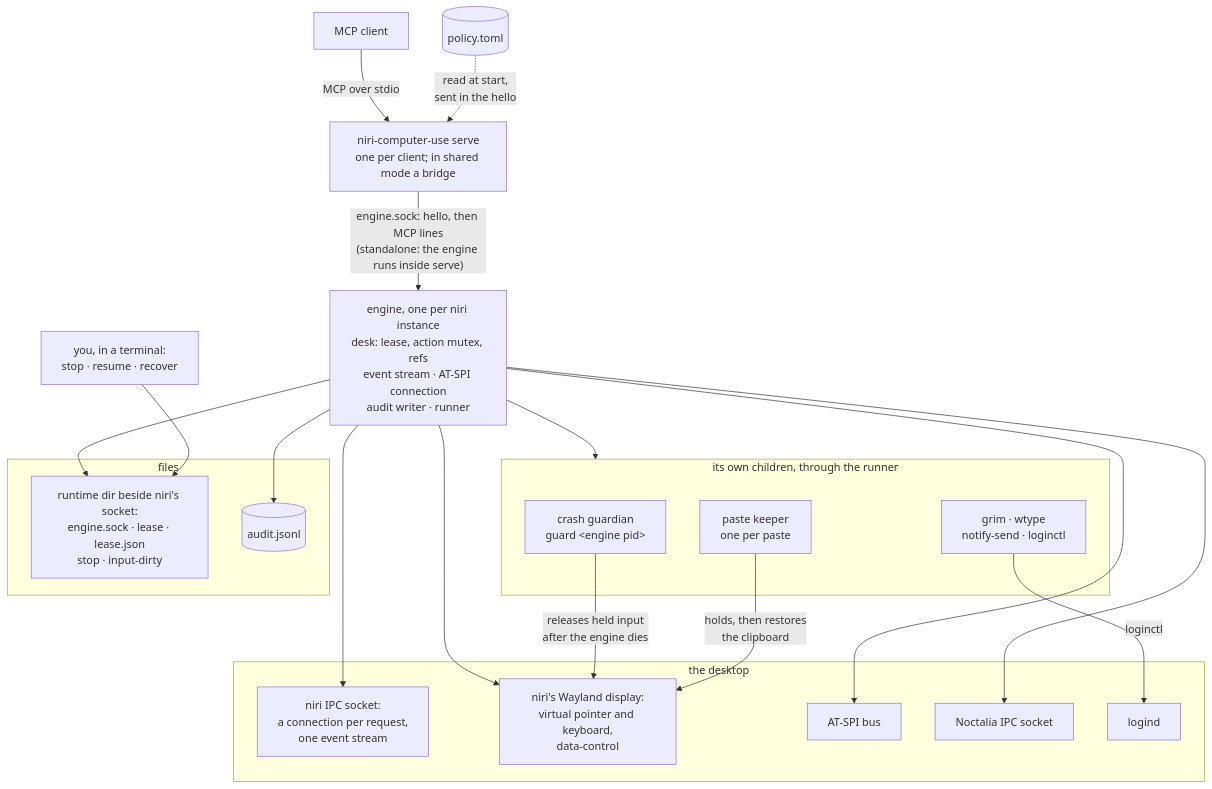
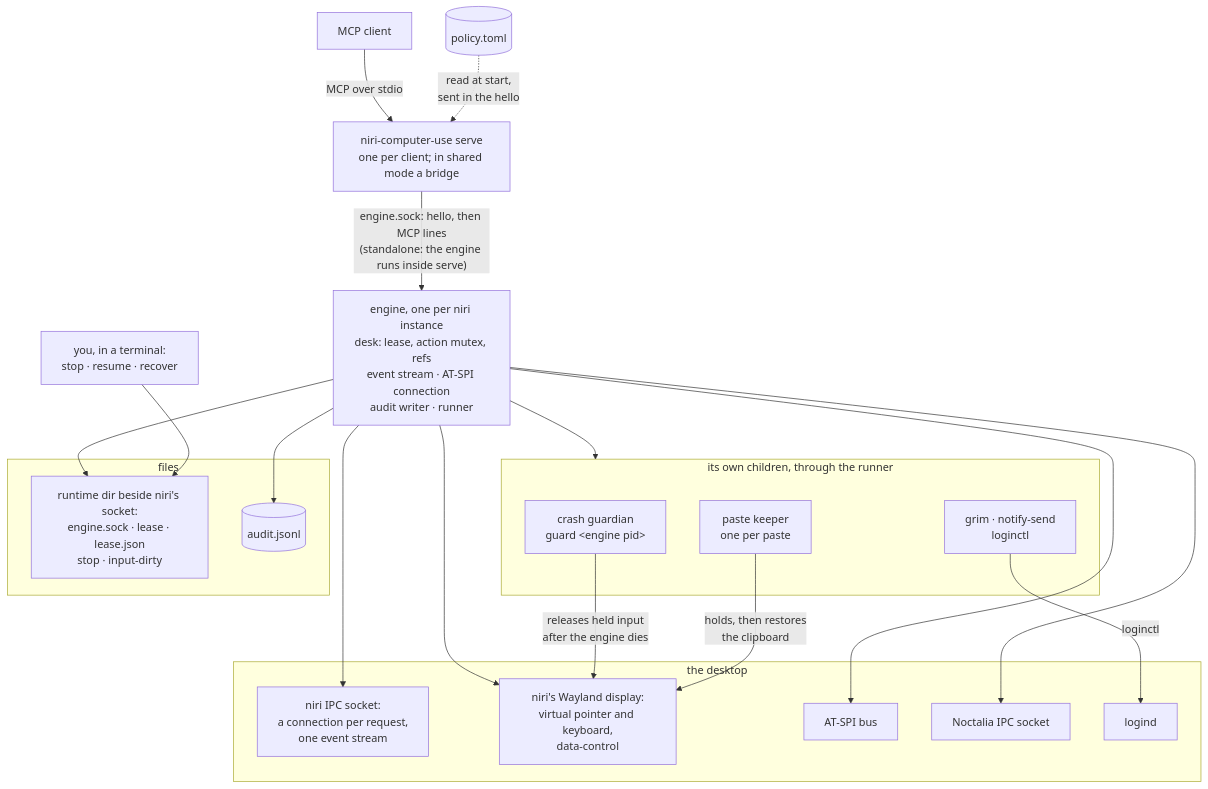
Before and after one commit to ayagmar/niri-computer-use: the first of 4 diagrams in docs/architecture.md, drawn with Mermaid. The commit also changed other lines of this file and 74 other files, not shown here.

````diff
--- a/docs/architecture.md
+++ b/docs/architecture.md
@@ -9,43 +9,43 @@
 ```mermaid
 flowchart TB
     client["MCP client"]
     policy[("policy.toml")]
     human["you, in a terminal:<br/>stop · resume · recover"]
     bridge["niri-computer-use serve<br/>one per client; in shared mode a bridge"]
     engine["engine, one per niri instance<br/>desk: lease, action mutex, refs<br/>event stream · AT-SPI connection<br/>audit writer · runner"]
 
     client -- "MCP over stdio" --> bridge
     policy -. "read at start,<br/>sent in the hello" .-> bridge
     bridge -- "engine.sock: hello, then MCP lines<br/>(standalone: the engine runs inside serve)" --> engine
 
     subgraph children["its own children, through the runner"]
         guardian["crash guardian<br/>guard &lt;engine pid&gt;"]
         keeper["paste keeper<br/>one per paste"]
-        programs["grim · wtype<br/>notify-send · loginctl"]
+        programs["grim · notify-send<br/>loginctl"]
     end
 
     subgraph desktop["the desktop"]
         ipc["niri IPC socket:<br/>a connection per request,<br/>one event stream"]
         wayland["niri's Wayland display:<br/>virtual pointer and keyboard,<br/>data-control"]
         atspi["AT-SPI bus"]
         noctalia["Noctalia IPC socket"]
         logind["logind"]
     end
 
     subgraph files["files"]
         runtime["runtime dir beside niri's socket:<br/>engine.sock · lease · lease.json<br/>stop · input-dirty"]
         audit[("audit.jsonl")]
     end
 
     engine --> children
     engine --> ipc
     engine --> wayland
     engine --> atspi
     engine --> noctalia
     engine --> runtime
     engine --> audit
     guardian -- "releases held input<br/>after the engine dies" --> wayland
     keeper -- "holds, then restores<br/>the clipboard" --> wayland
     programs -- "loginctl" --> logind
     human --> runtime
 ```
````
